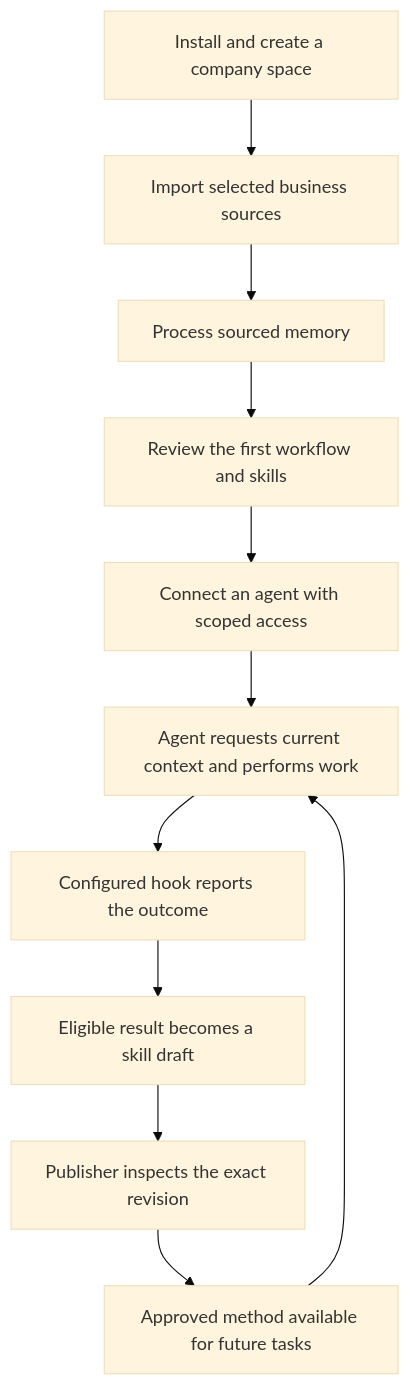
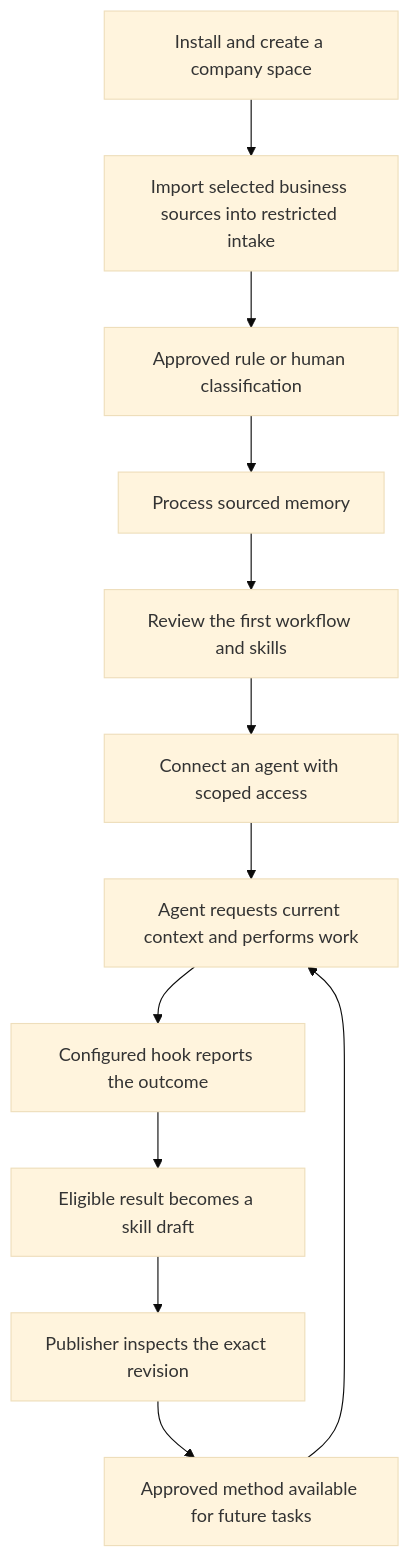
One commit to Atmet-AI/Atmet-brain changed the diagram in docs/diagrams/overview-1.mmd. Above: the diagram before and after it, drawn with Mermaid (base theme). The commit also changed 71 other files, not shown here.

Commit message:
Add human-approved agent administration and restricted document intake

```diff
--- a/docs/diagrams/overview-1.mmd
+++ b/docs/diagrams/overview-1.mmd
@@ -1,11 +1,12 @@
 flowchart TD
-    Setup["Install and create a company space"] --> Sources["Import selected business sources"]
-    Sources --> Knowledge["Process sourced memory"]
+    Setup["Install and create a company space"] --> Sources["Import selected business sources into restricted intake"]
+    Sources --> Classify["Approved rule or human classification"]
+    Classify --> Knowledge["Process sourced memory"]
     Knowledge --> Procedures["Review the first workflow and skills"]
     Procedures --> Connect["Connect an agent with scoped access"]
     Connect --> Task["Agent requests current context and performs work"]
     Task --> Feedback["Configured hook reports the outcome"]
     Feedback --> Draft["Eligible result becomes a skill draft"]
     Draft --> Review["Publisher inspects the exact revision"]
     Review --> Next["Approved method available for future tasks"]
     Next --> Task
```
